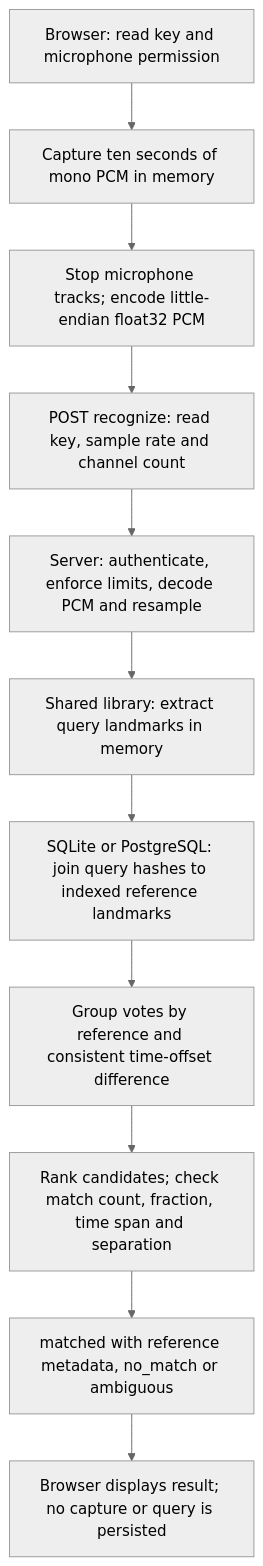
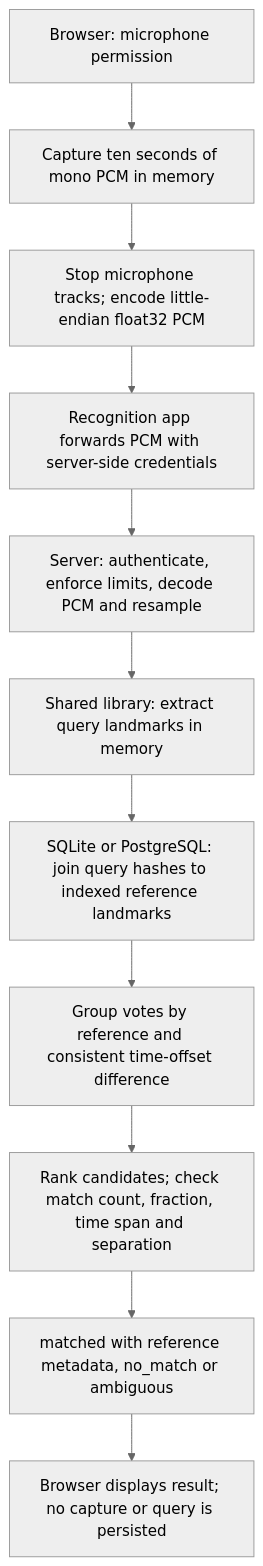
One commit to dmoo500/audio-fingerprint-server changed the third of 4 diagrams in docs/architecture.md. Above: the diagram before and after it, drawn with Mermaid (neutral theme). The commit also changed other lines of this file and 44 other files, not shown here.

First line of the commit message:
Add standalone microphone recognition and retire the legacy page

````diff
--- a/docs/architecture.md
+++ b/docs/architecture.md
@@ -63,13 +63,13 @@
 ```mermaid
 flowchart TD
-    A["Browser: read key and microphone permission"] --> B["Capture ten seconds of mono PCM in memory"]
+    A["Browser: microphone permission"] --> B["Capture ten seconds of mono PCM in memory"]
     B --> C["Stop microphone tracks; encode little-endian float32 PCM"]
-    C --> D["POST recognize: read key, sample rate and channel count"]
+    C --> D["Recognition app forwards PCM with server-side credentials"]
     D --> E["Server: authenticate, enforce limits, decode PCM and resample"]
     E --> F["Shared library: extract query landmarks in memory"]
     F --> G["SQLite or PostgreSQL: join query hashes to indexed reference landmarks"]
     G --> H["Group votes by reference and consistent time-offset difference"]
     H --> I["Rank candidates; check match count, fraction, time span and separation"]
     I --> J["matched with reference metadata, no_match or ambiguous"]
     J --> K["Browser displays result; no capture or query is persisted"]
 ```
````
